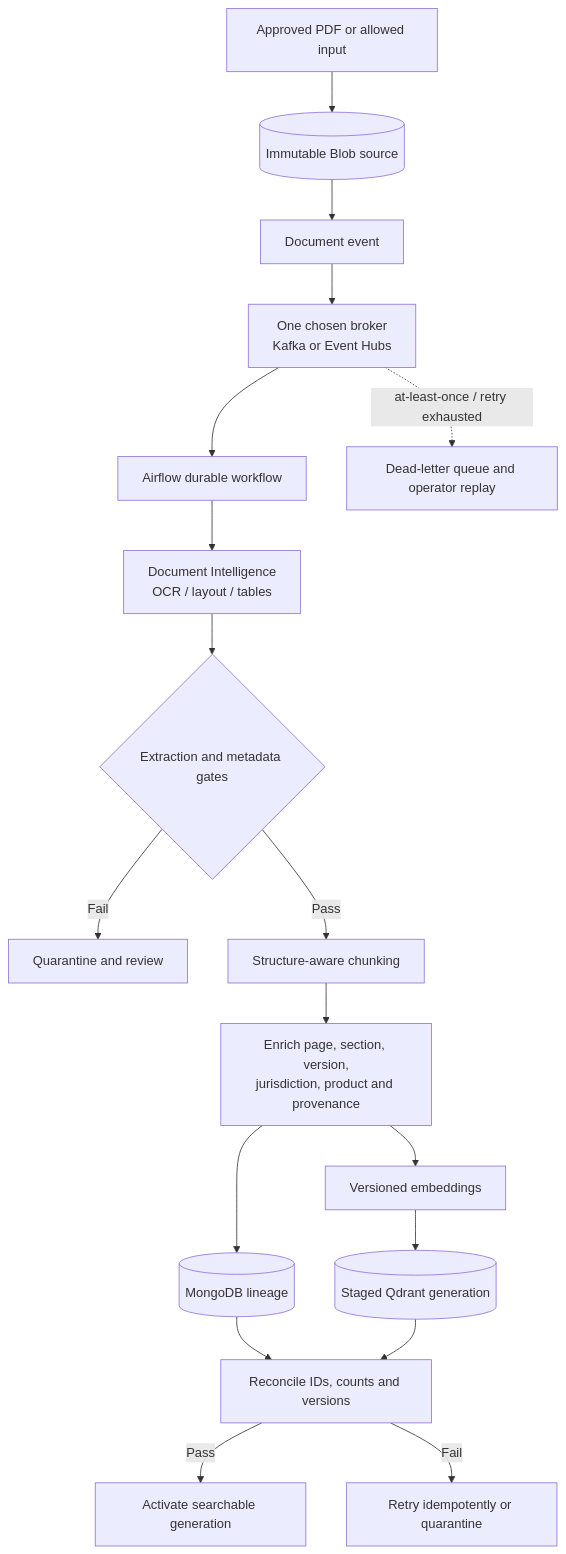
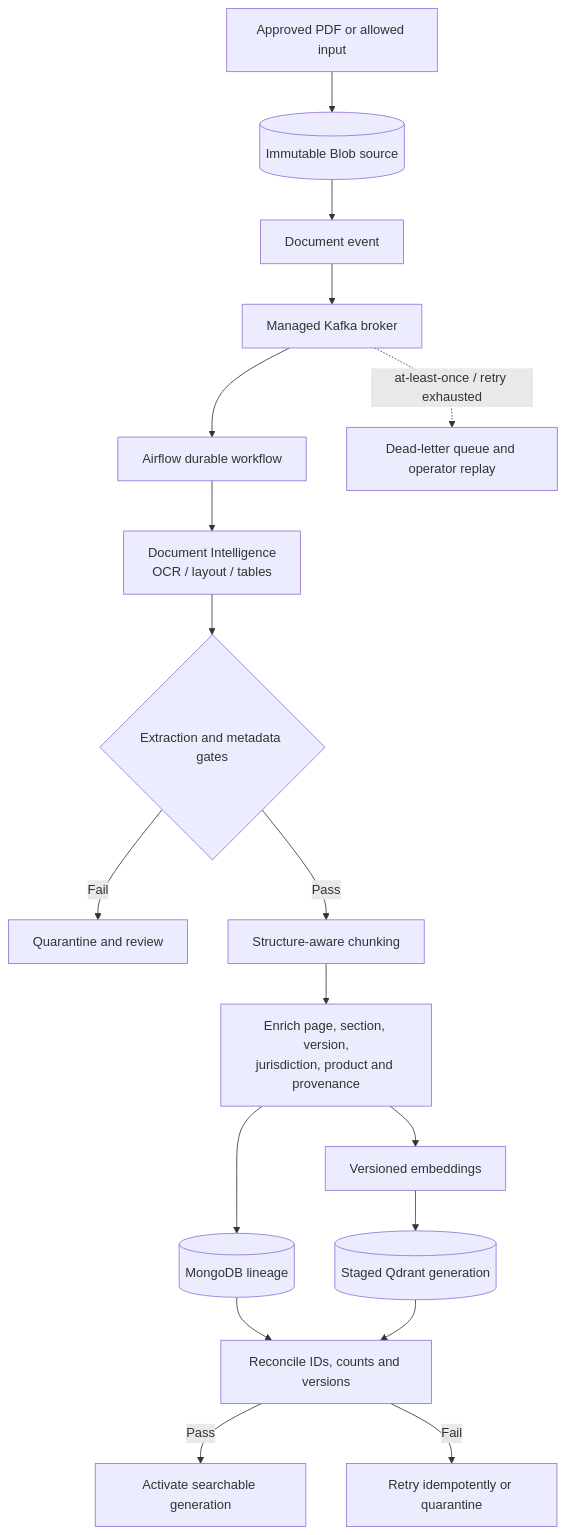
Before and after one commit to mithileshbhumca/InsuranceGenAI: the second of 4 diagrams in docs/architecture/25-architecture-interview-readiness.md, drawn with Mermaid. The commit also changed other lines of this file and 6 other files, not shown here.

````diff
--- a/docs/architecture/25-architecture-interview-readiness.md
+++ b/docs/architecture/25-architecture-interview-readiness.md
@@ -58,20 +58,20 @@
 ```mermaid
 flowchart TD
     DOC[Approved PDF or allowed input] --> BLOB[(Immutable Blob source)]
     BLOB --> EVT[Document event]
-    EVT --> BROKER[One chosen broker<br/>Kafka or Event Hubs]
+    EVT --> BROKER[Managed Kafka broker]
     BROKER --> AIRFLOW[Airflow durable workflow]
     AIRFLOW --> DI[Document Intelligence<br/>OCR / layout / tables]
     DI --> QUALITY{Extraction and metadata gates}
     QUALITY -->|Fail| QUARANTINE[Quarantine and review]
     QUALITY -->|Pass| CHUNK[Structure-aware chunking]
     CHUNK --> META[Enrich page, section, version,<br/>jurisdiction, product and provenance]
     META --> EMBED[Versioned embeddings]
     META --> MONGO[(MongoDB lineage)]
     EMBED --> QDRANT[(Staged Qdrant generation)]
     MONGO --> CHECK[Reconcile IDs, counts and versions]
     QDRANT --> CHECK
     CHECK -->|Pass| ACTIVE[Activate searchable generation]
     CHECK -->|Fail| REPAIR[Retry idempotently or quarantine]
     BROKER -. at-least-once / retry exhausted .-> DLQ[Dead-letter queue and operator replay]
 ```
````
